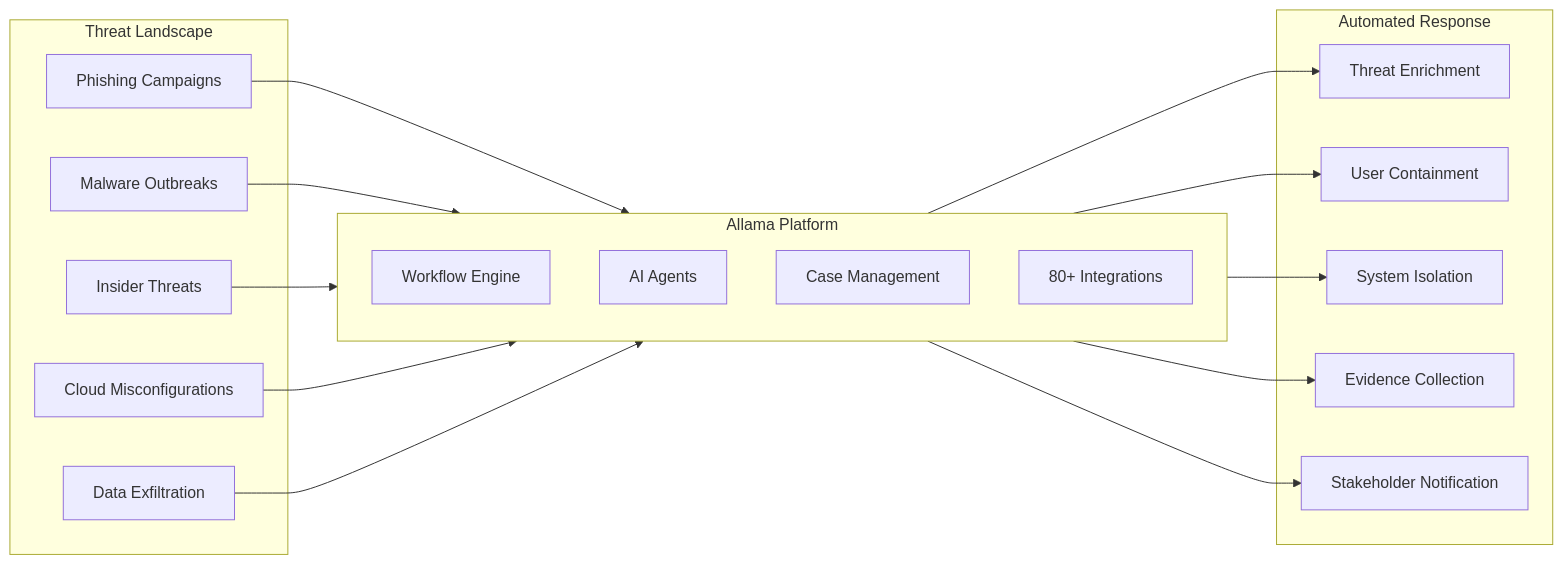
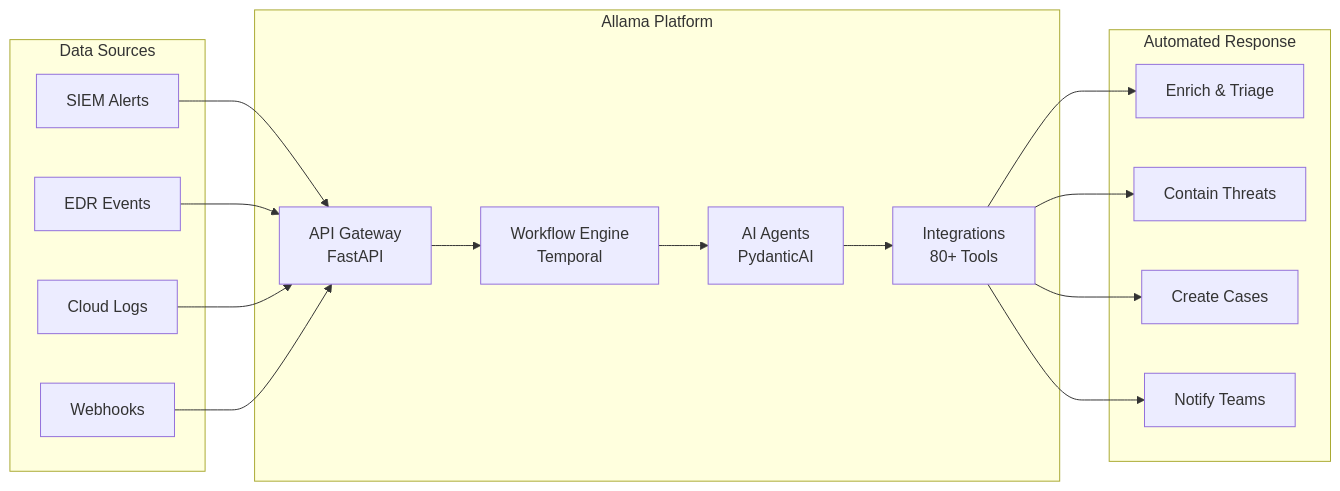
One commit to digitranslab/allama changed the diagram in README.md. Above: the diagram before and after it, drawn with Mermaid. The commit also changed other lines of this file, not shown here.

Commit message:
updated github actions base runner

````diff
--- a/README.md
+++ b/README.md
@@ -58,29 +96,29 @@
 ```mermaid
 flowchart LR
-    subgraph Threats["Threat Landscape"]
-        T1[Phishing Campaigns]
-        T2[Malware Outbreaks]
-        T3[Insider Threats]
-        T4[Cloud Misconfigurations]
-        T5[Data Exfiltration]
+    subgraph Sources["Data Sources"]
+        S1[SIEM Alerts]
+        S2[EDR Events]
+        S3[Cloud Logs]
+        S4[Webhooks]
     end
 
-    subgraph Allama["Allama Platform"]
-        direction TB
-        WF[Workflow Engine]
-        AI[AI Agents]
-        CM[Case Management]
-        INT[80+ Integrations]
+    subgraph Platform["Allama Platform"]
+        API[API Gateway<br/>FastAPI]
+        WF[Workflow Engine<br/>Temporal]
+        AI[AI Agents<br/>PydanticAI]
+        INT[Integrations<br/>80+ Tools]
     end
 
-    subgraph Response["Automated Response"]
-        R1[Threat Enrichment]
-        R2[User Containment]
-        R3[System Isolation]
-        R4[Evidence Collection]
-        R5[Stakeholder Notification]
+    subgraph Actions["Automated Response"]
+        A1[Enrich & Triage]
+        A2[Contain Threats]
+        A3[Create Cases]
+        A4[Notify Teams]
     end
 
-    T1 & T2 & T3 & T4 & T5 --> Allama
-    Allama --> R1 & R2 & R3 & R4 & R5
+    S1 & S2 & S3 & S4 --> API
+    API --> WF
+    WF --> AI
+    AI --> INT
+    INT --> A1 & A2 & A3 & A4
 ```
````
